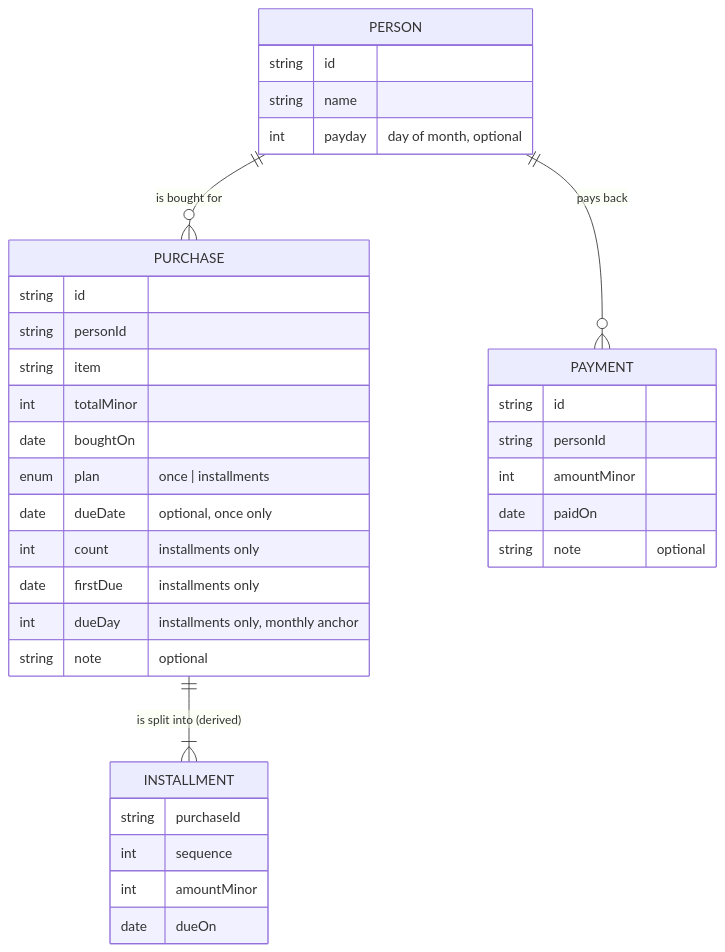
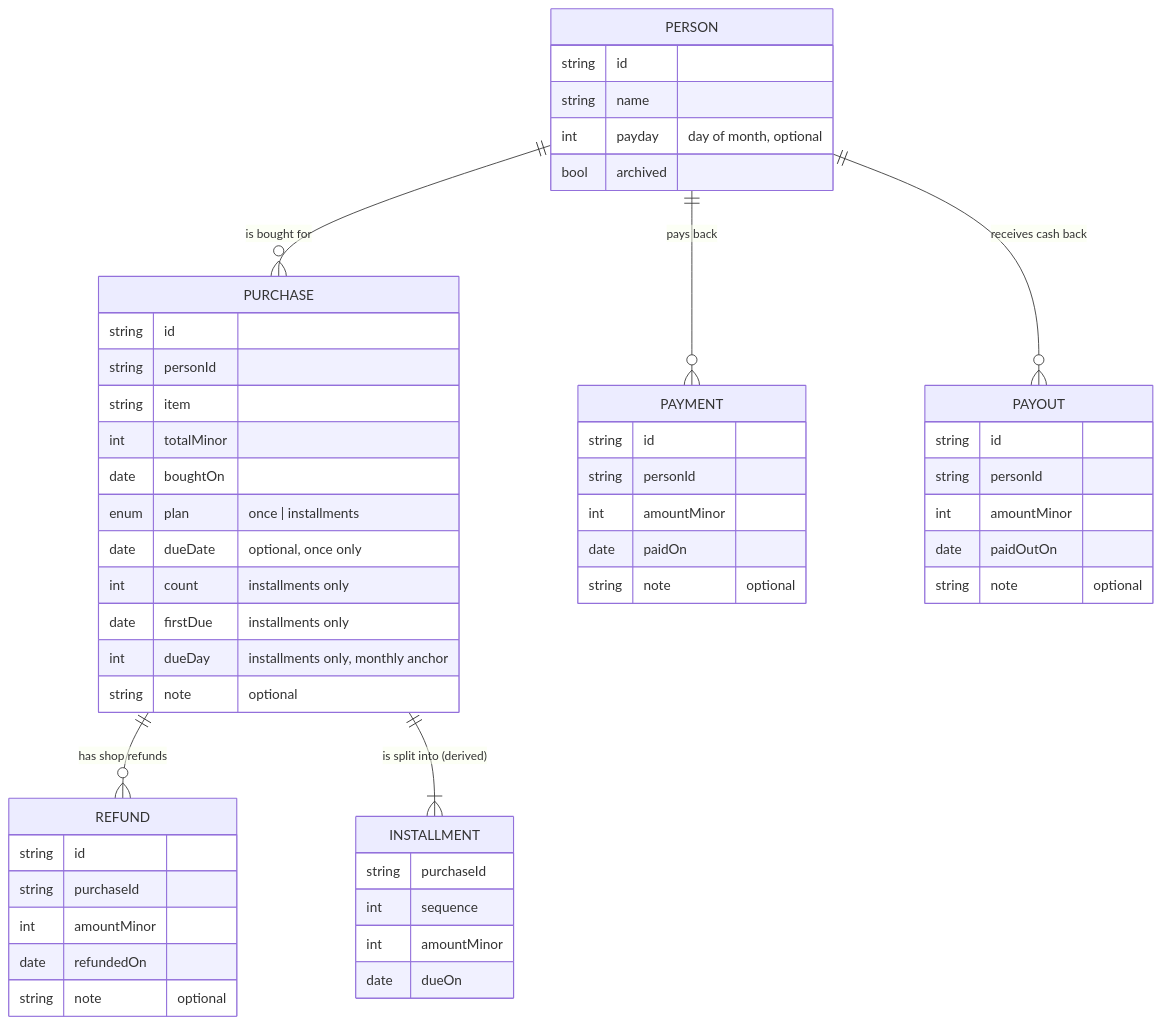
Before and after one commit to zekihan/family-tab: the first of 3 diagrams in docs/DESIGN.md, drawn with Mermaid. The commit also changed other lines of this file, not shown here.

````diff
--- a/docs/DESIGN.md
+++ b/docs/DESIGN.md
@@ -54,37 +55,54 @@
 ```mermaid
 erDiagram
     PERSON ||--o{ PURCHASE : "is bought for"
     PERSON ||--o{ PAYMENT : "pays back"
+    PERSON ||--o{ PAYOUT : "receives cash back"
+    PURCHASE ||--o{ REFUND : "has shop refunds"
     PURCHASE ||--|{ INSTALLMENT : "is split into (derived)"
     PERSON {
         string id
         string name
         int payday "day of month, optional"
+        bool archived
     }
     PURCHASE {
         string id
         string personId
         string item
         int totalMinor
         date boughtOn
         enum plan "once | installments"
         date dueDate "optional, once only"
         int count "installments only"
         date firstDue "installments only"
         int dueDay "installments only, monthly anchor"
         string note "optional"
     }
     PAYMENT {
         string id
         string personId
         int amountMinor
         date paidOn
         string note "optional"
     }
+    REFUND {
+        string id
+        string purchaseId
+        int amountMinor
+        date refundedOn
+        string note "optional"
+    }
+    PAYOUT {
+        string id
+        string personId
+        int amountMinor
+        date paidOutOn
+        string note "optional"
+    }
     INSTALLMENT {
         string purchaseId
         int sequence
         int amountMinor
         date dueOn
     }
 ```
````
